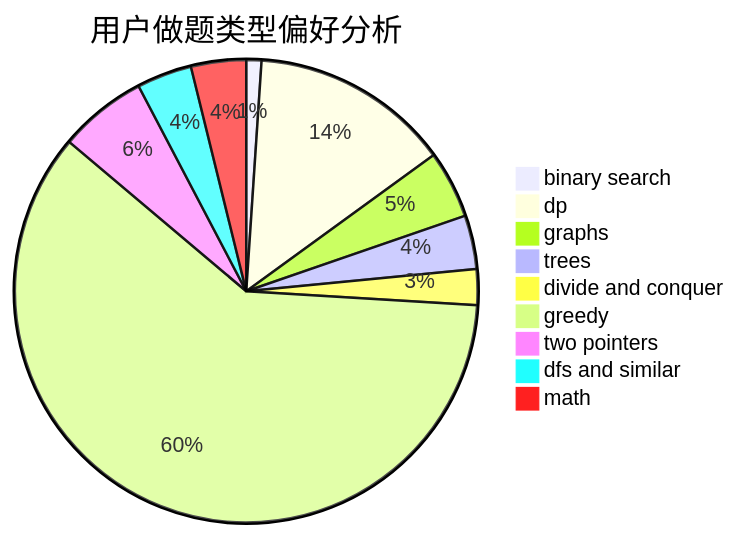
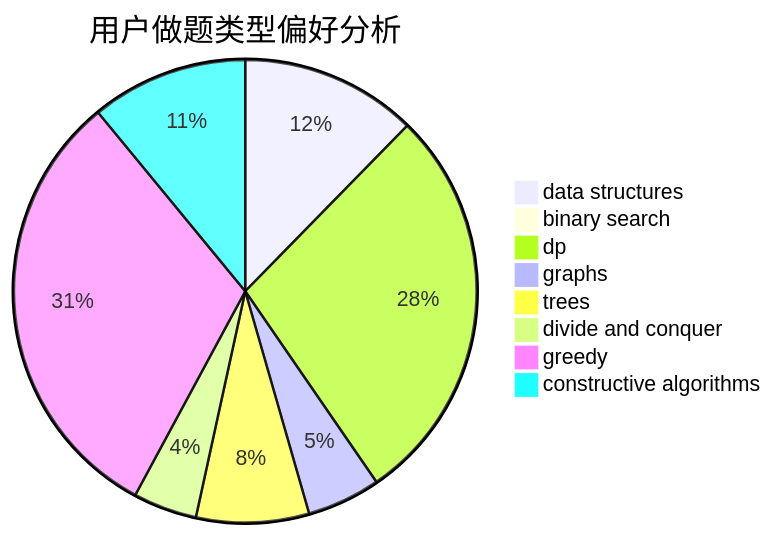
The second of 3 diagrams in docs/user/u2182.md (sherpahu/cfrs.github.io), drawn with Mermaid before and after one commit. The commit also changed other lines of this file and 2775 other files, not shown here.

````diff
--- a/docs/user/u2182.md
+++ b/docs/user/u2182.md
@@ -23,12 +23,11 @@
 ```mermaid
 pie title 用户做题类型偏好分析
-    "binary search" :  11
-    "dp" :  145
-    "graphs" :  49
-    "trees" :  39
-    "divide and conquer" :  26
-    "greedy" :  626
-    "two pointers" :  64
-    "dfs and similar" :  40
-    "math" :  40
+    "data structures" :  36
+    "binary search" :  0
+    "dp" :  82
+    "graphs" :  15
+    "trees" :  23
+    "divide and conquer" :  13
+    "greedy" :  91
+    "constructive algorithms" :  32
 ```
````
